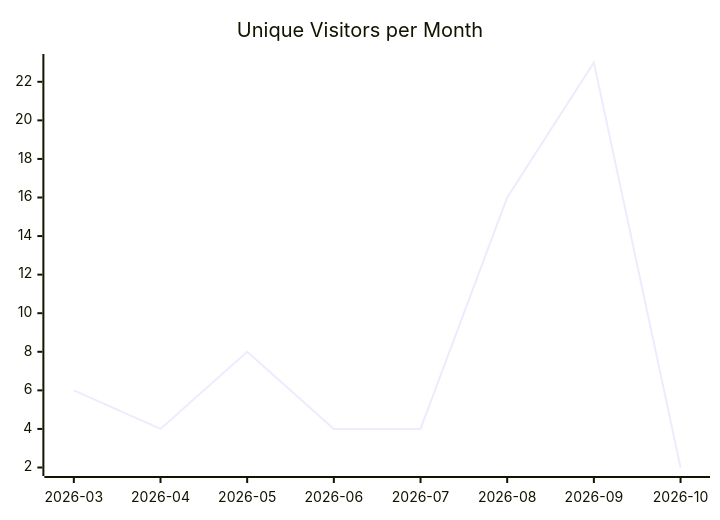
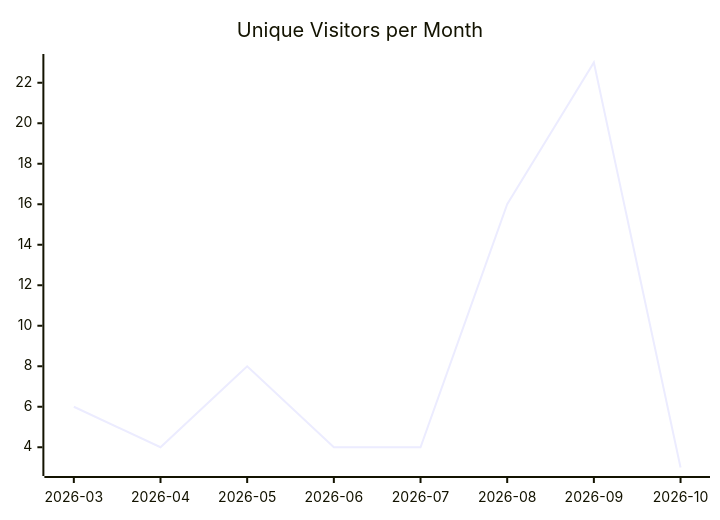
The first of 3 diagrams in karlmdavis/xmlpull/README.md (justdavis-family/github-analytics-data), drawn with Mermaid before and after one commit. The commit also changed other lines of this file and 201 other files, not shown here.

````diff
--- a/karlmdavis/xmlpull/README.md
+++ b/karlmdavis/xmlpull/README.md
@@ -5,6 +5,6 @@
 ```mermaid
 xychart-beta
   title "Unique Visitors per Month"
   x-axis ["2026-03", "2026-04", "2026-05", "2026-06", "2026-07", "2026-08", "2026-09", "2026-10"]
-  line [6, 4, 8, 4, 4, 16, 23, 2]
+  line [6, 4, 8, 4, 4, 16, 23, 3]
 ```
````
